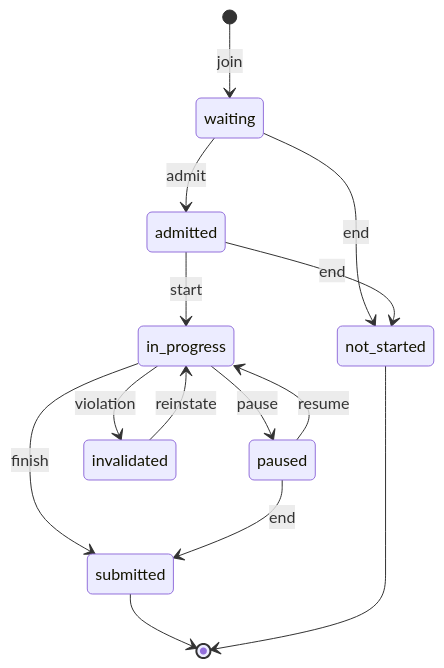
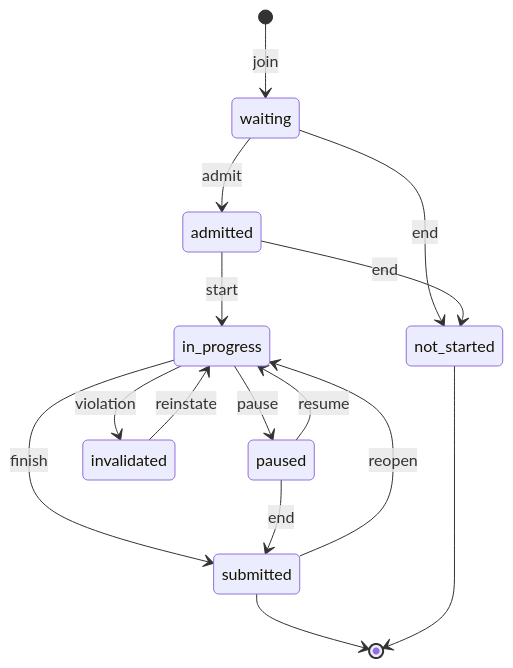
Before and after one commit to nadun96/quizare: the first of 2 diagrams in frontend/src/lib/docs/pages/live-sessions.md, drawn with Mermaid. The commit also changed other lines of this file and 15 other files, not shown here.

````diff
--- a/frontend/src/lib/docs/pages/live-sessions.md
+++ b/frontend/src/lib/docs/pages/live-sessions.md
@@ -7,16 +7,17 @@
 ```mermaid
 stateDiagram-v2
   [*] --> waiting: join
   waiting --> admitted: admit
   admitted --> in_progress: start
   in_progress --> paused: pause
   paused --> in_progress: resume
   in_progress --> submitted: finish
   paused --> submitted: end
   in_progress --> invalidated: violation
   invalidated --> in_progress: reinstate
+  submitted --> in_progress: reopen
   waiting --> not_started: end
   admitted --> not_started: end
   submitted --> [*]
   not_started --> [*]
 ```
````
